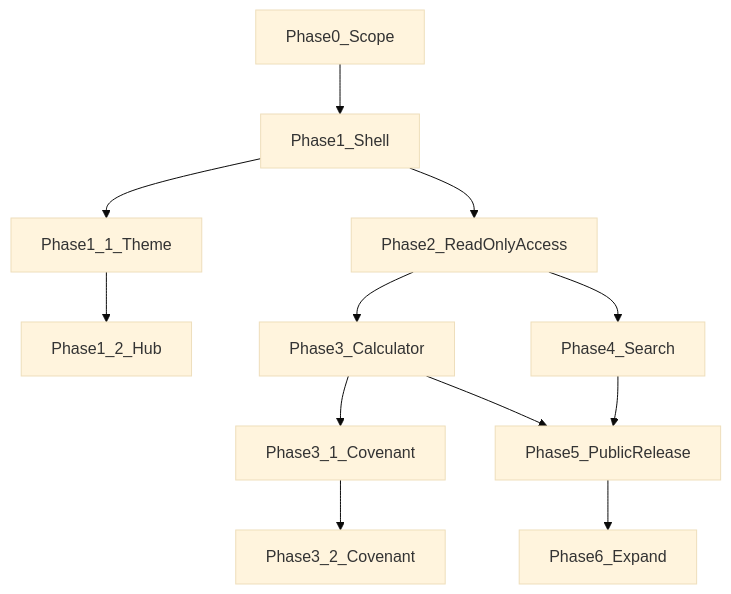
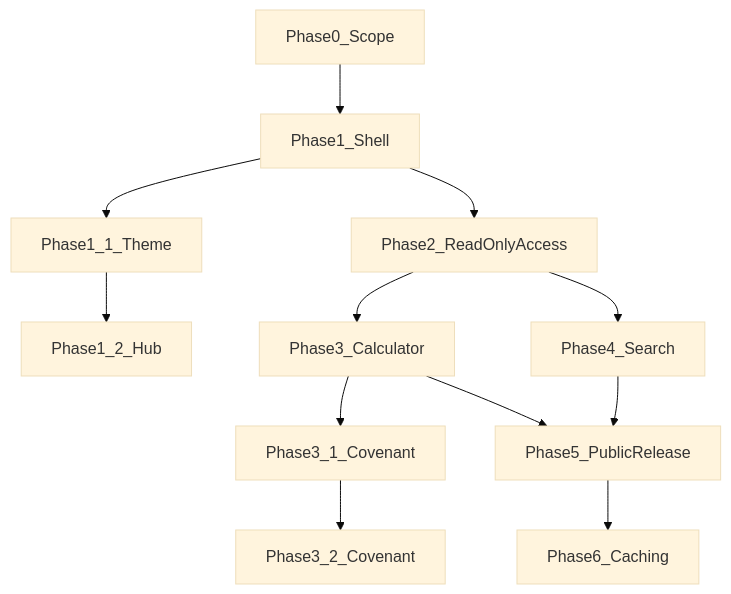
One commit to AnotherAurora/MotherTree changed the diagram in .cursor/plans/public_site_phased_plan_61f65cba.plan.md. Above: the diagram before and after it, drawn with Mermaid (base theme). The commit also changed other lines of this file and 5 other files, not shown here.

````diff
--- a/.cursor/plans/public_site_phased_plan_61f65cba.plan.md
+++ b/.cursor/plans/public_site_phased_plan_61f65cba.plan.md
@@ -67,22 +67,22 @@
 ```mermaid
 flowchart TD
   P0[Phase0_Scope]
   P1[Phase1_Shell]
   P1_1[Phase1_1_Theme]
   P1_2[Phase1_2_Hub]
   P2[Phase2_ReadOnlyAccess]
   P3[Phase3_Calculator]
   P3_1[Phase3_1_Covenant]
   P3_2[Phase3_2_Covenant]
   P4[Phase4_Search]
   P5[Phase5_PublicRelease]
-  P6[Phase6_Expand]
+  P6[Phase6_Caching]
   P0 --> P1 --> P1_1 --> P1_2
   P1 --> P2
   P2 --> P3
   P2 --> P4
   P3 --> P3_1 --> P3_2
   P3 --> P5
   P4 --> P5
   P5 --> P6
 ```
````
